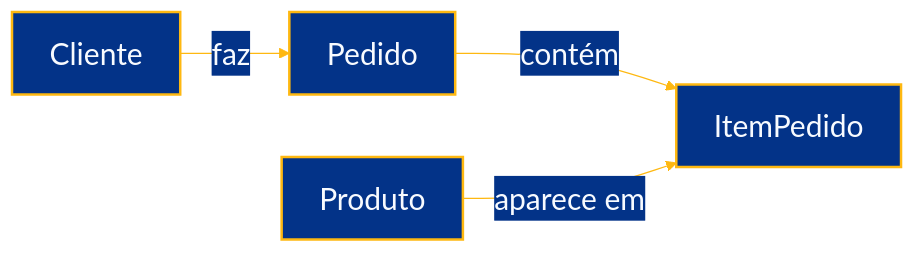
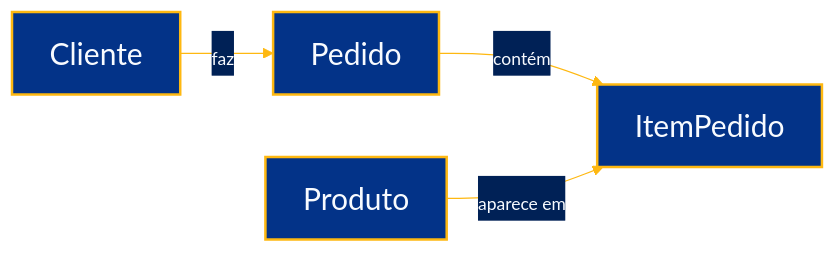
The diagram in slides/slides.md (rodbv/orms-erros-comuns), drawn with Mermaid before and after one commit. The commit also changed 1 other file, not shown here.

Commit message:
fix: update mermaid chart styles for better visibility and remove redundant CSS rules

````diff
--- a/slides/slides.md
+++ b/slides/slides.md
@@ -92,15 +92,15 @@
 ```mermaid
-%%{init: {"theme": "base", "themeVariables": {"background": "transparent", "fontSize": "24px", "lineColor": "#feb811", "primaryColor": "#033388", "primaryBorderColor": "#feb811", "primaryTextColor": "#f8fbff", "secondaryColor": "#033388", "secondaryTextColor": "#f8fbff", "tertiaryColor": "#033388", "tertiaryBorderColor": "#feb811", "tertiaryTextColor": "#f8fbff", "edgeLabelBackground": "#033388"}}}%%
+%%{init: {"theme": "base", "themeVariables": {"background": "transparent", "fontSize": "24px", "lineColor": "#feb811", "primaryColor": "#033388", "primaryBorderColor": "#feb811", "primaryTextColor": "#f8fbff", "secondaryColor": "#033388", "secondaryTextColor": "#f8fbff", "tertiaryColor": "#033388", "tertiaryBorderColor": "#feb811", "tertiaryTextColor": "#f8fbff", "edgeLabelBackground": "#002156"}}}%%
 flowchart LR
   cliente[Cliente]
   pedido[Pedido]
   item[ItemPedido]
   produto[Produto]
 
-  cliente -->|faz| pedido
-  pedido -->|contém| item
-  produto -->|aparece em| item
+  cliente -->|<span style='font-size:14px'>faz</span>| pedido
+  pedido -->|<span style='font-size:14px'>contém</span>| item
+  produto -->|<span style='font-size:14px'>aparece em</span>| item
 
   classDef entidade fill:#033388,stroke:#feb811,stroke-width:2px,color:#f8fbff;
   class cliente,pedido,item,produto entidade;
 ```
````
